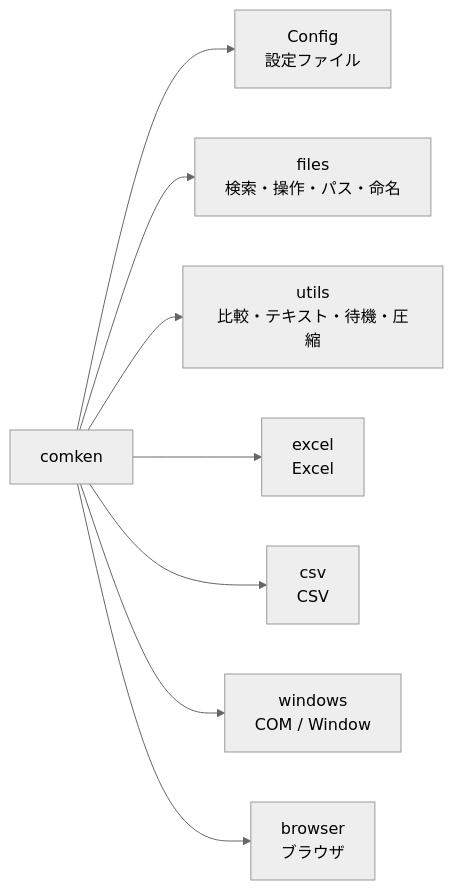
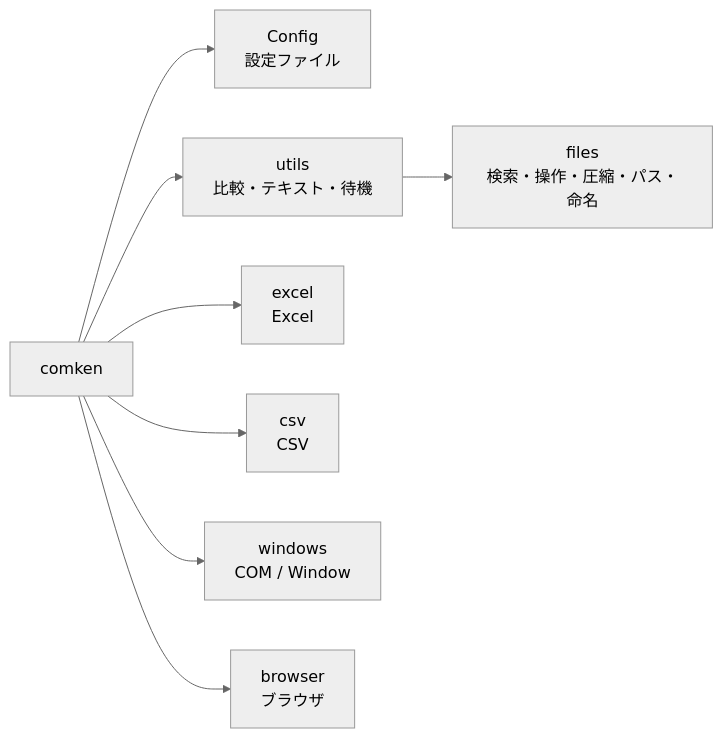
Before and after one commit to tenniscorecom/comken: the first of 4 diagrams in README.md, drawn with Mermaid (neutral theme). The commit also changed other lines of this file and 34 other files, not shown here.

````diff
--- a/README.md
+++ b/README.md
@@ -1020,10 +1020,10 @@
 ```mermaid
 graph LR
     comken --> config["Config\n設定ファイル"]
-    comken --> files["files\n検索・操作・パス・命名"]
-    comken --> utils["utils\n比較・テキスト・待機・圧縮"]
+    comken --> utils["utils\n比較・テキスト・待機"]
+    utils --> files["files\n検索・操作・圧縮・パス・命名"]
     comken --> excel["excel\nExcel"]
     comken --> csv["csv\nCSV"]
     comken --> windows["windows\nCOM / Window"]
     comken --> browser["browser\nブラウザ"]
 ```
````
